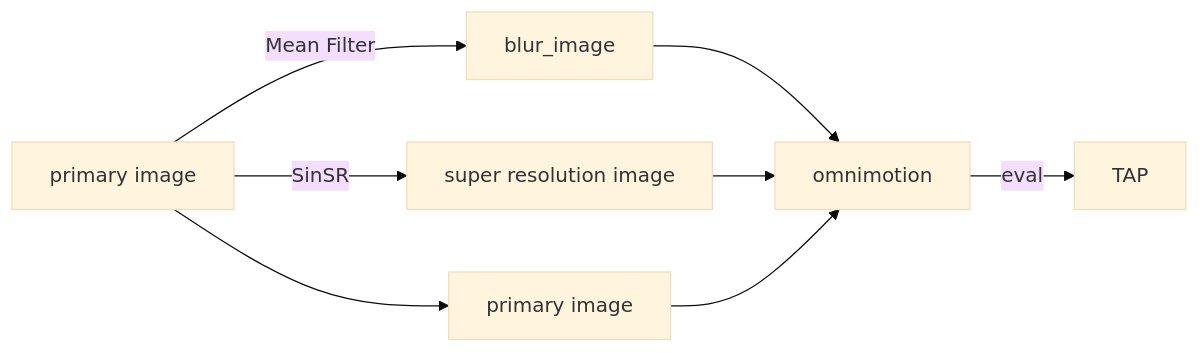
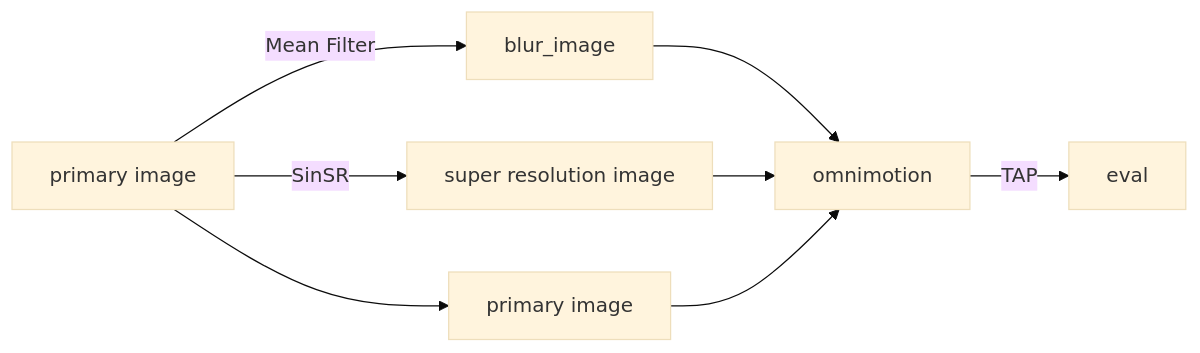
One commit to mitsukisohara/mitsukisohara.github.io changed the diagram in README.md. Above: the diagram before and after it, drawn with Mermaid (base theme). The commit also changed 3 other files, not shown here.

````diff
--- a/README.md
+++ b/README.md
@@ -3,10 +3,10 @@
 ```mermaid
 graph LR
 A[primary image] --> D[primary image]
 A[primary_image] --Mean Filter--> B[blur_image]
 A[primary image] --SinSR--> C[super resolution image]
 B --> E[omnimotion]
 C-->E
 D-->E
-E--eval-->f[TAP]
+E--TAP-->f[eval]
 ```
````
